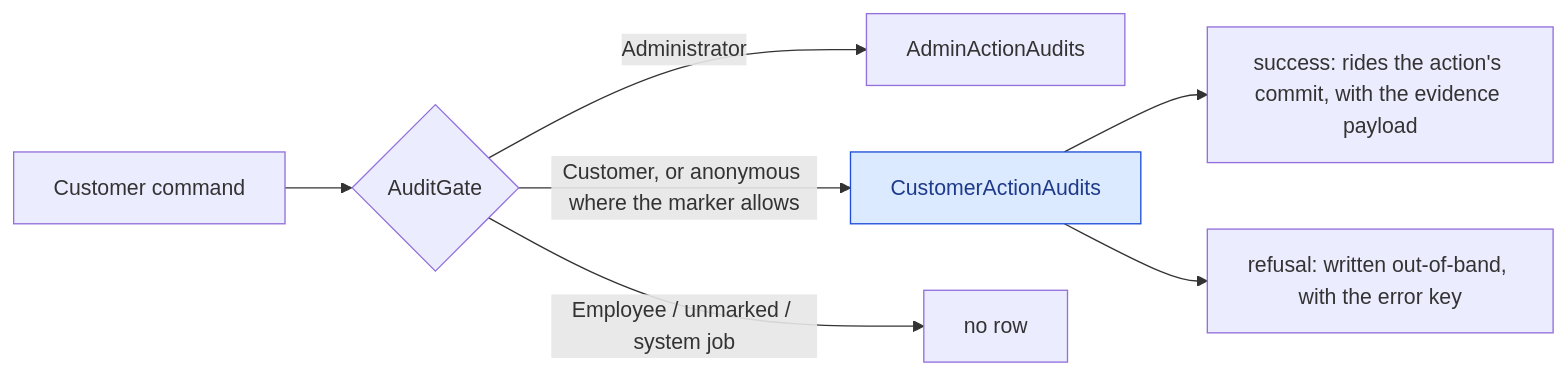
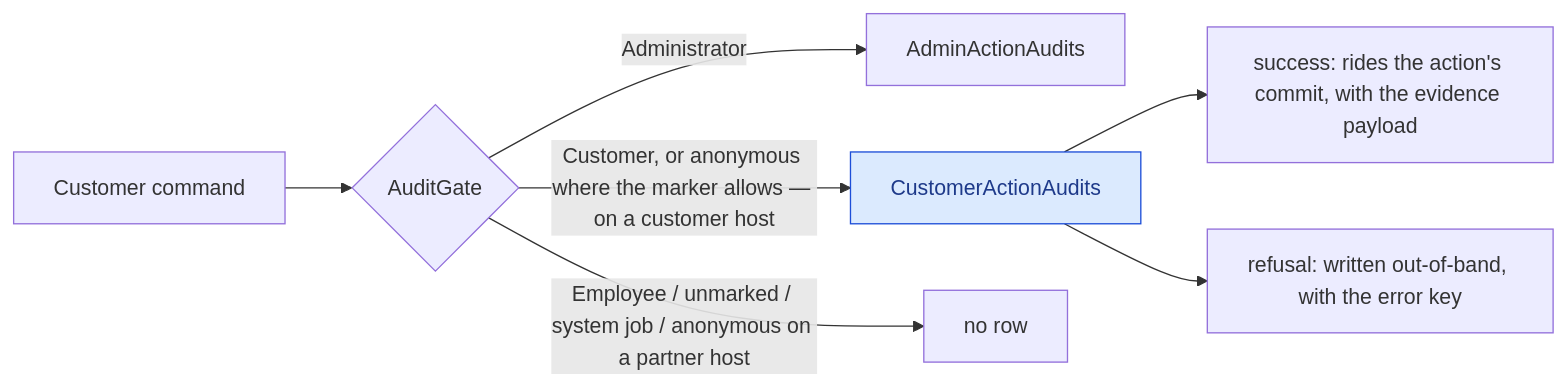
One commit to VM-s-Solutions/cleansia changed the second of 2 diagrams in docs/flows/gdpr-and-audit.md. Above: the diagram before and after it, drawn with Mermaid. The commit also changed other lines of this file and 45 other files, not shown here.

````diff
--- a/docs/flows/gdpr-and-audit.md
+++ b/docs/flows/gdpr-and-audit.md
@@ -100,12 +179,12 @@
 ```mermaid
 flowchart LR
   A[Customer command] --> G{AuditGate}
   G -- "Administrator" --> AD[AdminActionAudits]
-  G -- "Customer, or anonymous where the marker allows" --> CU[CustomerActionAudits]
-  G -- "Employee / unmarked / system job" --> N[no row]
+  G -- "Customer, or anonymous where the marker allows — on a customer host" --> CU[CustomerActionAudits]
+  G -- "Employee / unmarked / system job / anonymous on a partner host" --> N[no row]
   CU --> S["success: rides the action's commit, with the evidence payload"]
   CU --> F["refusal: written out-of-band, with the error key"]
 
   classDef key fill:#dbeafe,stroke:#1d4ed8,color:#1e3a8a
   class CU key
 ```
````
